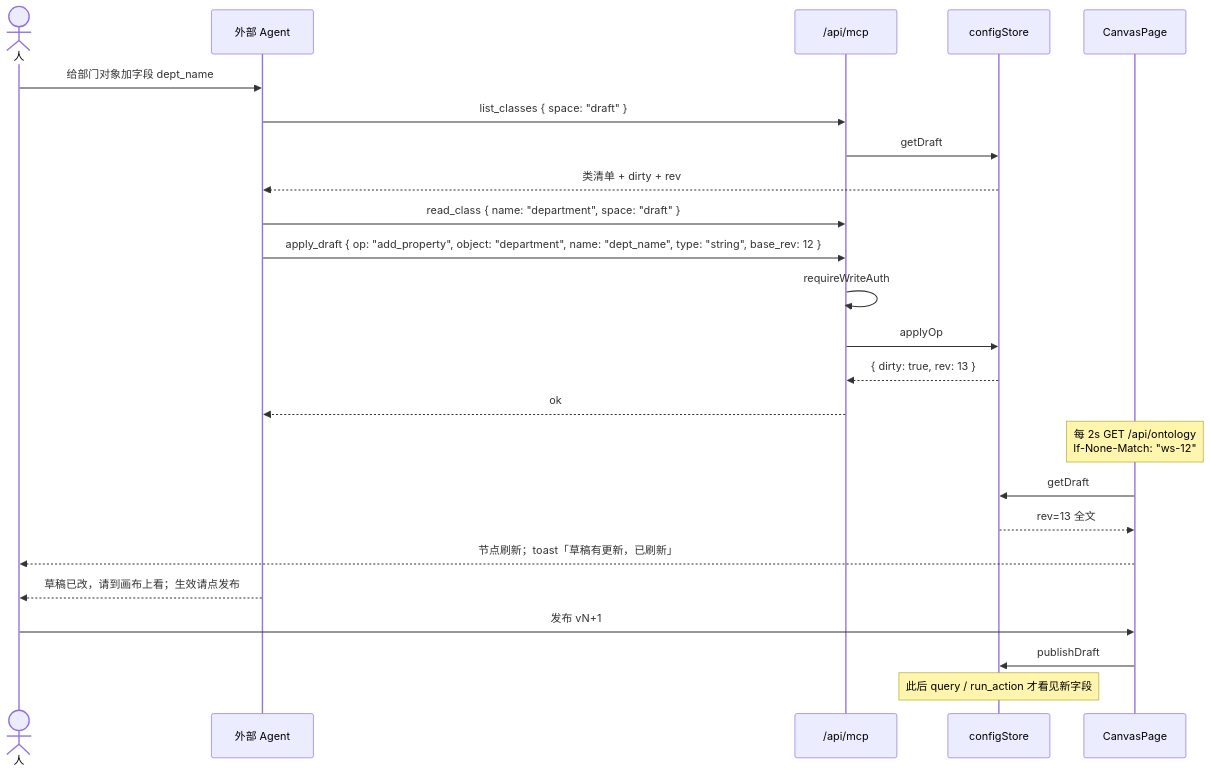
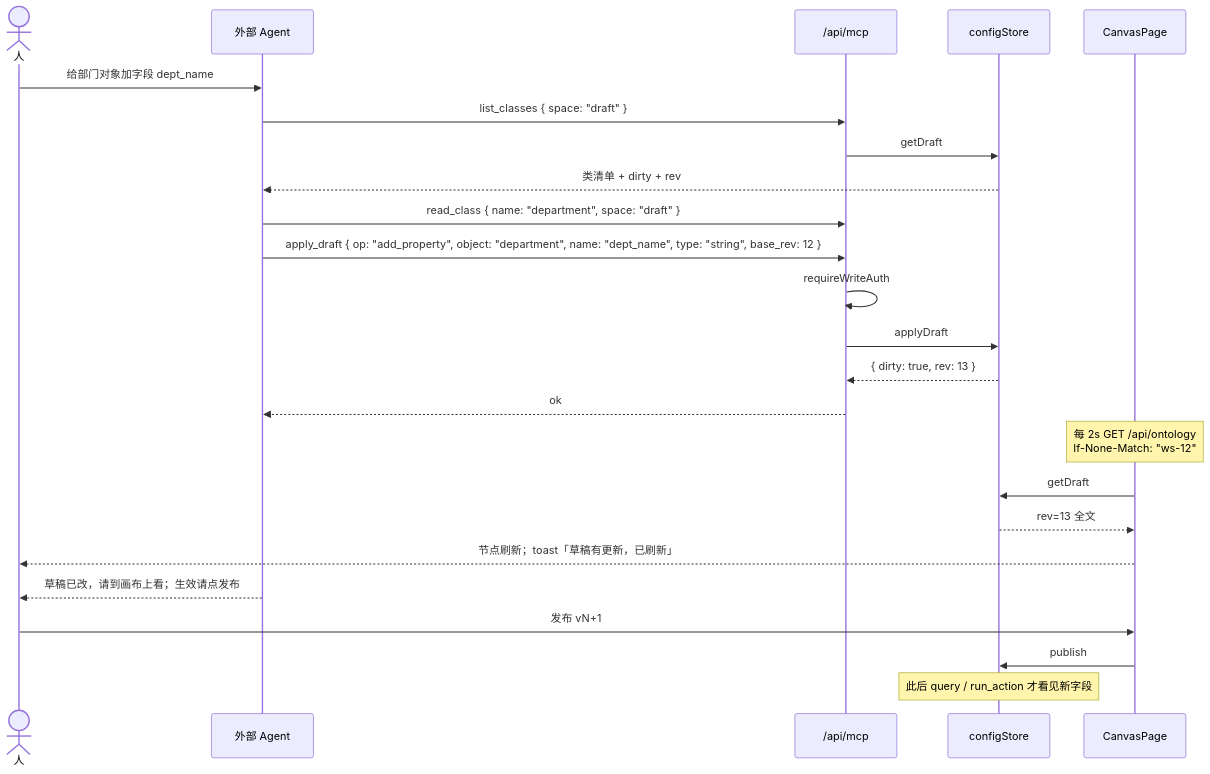
One commit to majiang213/Ontos changed the second of 3 diagrams in docs/外部Agent编辑画布.md. Above: the diagram before and after it, drawn with Mermaid. The commit also changed other lines of this file and 50 other files, not shown here.

````diff
--- a/docs/外部Agent编辑画布.md
+++ b/docs/外部Agent编辑画布.md
@@ -112,27 +112,27 @@
 ```mermaid
 sequenceDiagram
   actor Person as 人
   participant Agent as 外部 Agent
   participant MCP as /api/mcp
   participant Store as configStore
   participant Canvas as CanvasPage
 
   Person->>Agent: 给部门对象加字段 dept_name
   Agent->>MCP: list_classes { space: "draft" }
   MCP->>Store: getDraft
   Store-->>Agent: 类清单 + dirty + rev
   Agent->>MCP: read_class { name: "department", space: "draft" }
   Agent->>MCP: apply_draft { op: "add_property", object: "department", name: "dept_name", type: "string", base_rev: 12 }
   MCP->>MCP: requireWriteAuth
-  MCP->>Store: applyOp
+  MCP->>Store: applyDraft
   Store-->>MCP: { dirty: true, rev: 13 }
   MCP-->>Agent: ok
   Note over Canvas: 每 2s GET /api/ontology<br/>If-None-Match: "ws-12"
   Canvas->>Store: getDraft
   Store-->>Canvas: rev=13 全文
   Canvas-->>Person: 节点刷新；toast「草稿有更新，已刷新」
   Agent-->>Person: 草稿已改，请到画布上看；生效请点发布
   Person->>Canvas: 发布 vN+1
-  Canvas->>Store: publishDraft
+  Canvas->>Store: publish
   Note over Store: 此后 query / run_action 才看见新字段
 ```
````
